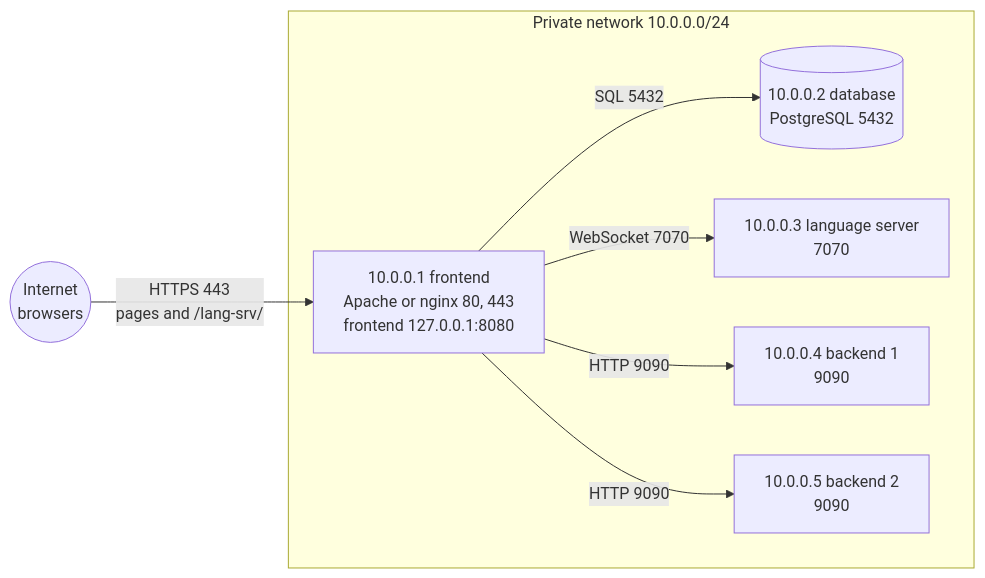
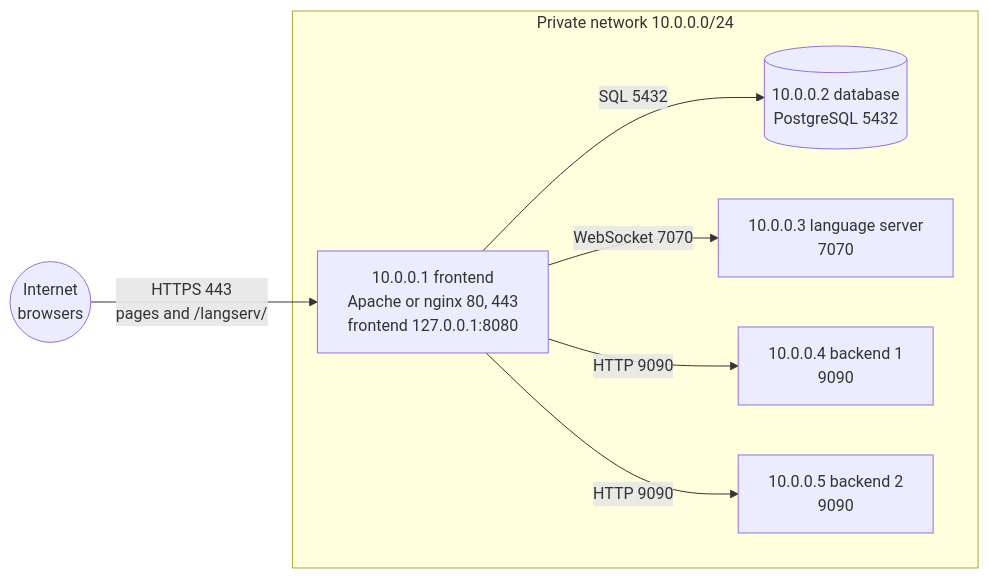
The diagram in docs/img/deployment.mmd (citic/vygoj), drawn with Mermaid before and after one commit. The commit also changed 13 other files, not shown here.

First line of the commit message:
Rename lang-srv to langserv for uniformity

```diff
--- a/docs/img/deployment.mmd
+++ b/docs/img/deployment.mmd
@@ -1,18 +1,18 @@
 %% Example installation in five computers of a private network. Only the frontend computer is
 %% reachable from the Internet; arrows show who opens each connection and its port
 flowchart LR
     internet(("Internet<br>browsers"))
 
     subgraph private["Private network 10.0.0.0/24"]
         frontend["10.0.0.1 frontend<br>Apache or nginx 80, 443<br>frontend 127.0.0.1:8080"]
         database[("10.0.0.2 database<br>PostgreSQL 5432")]
         langserv["10.0.0.3 language server<br>7070"]
         backend1["10.0.0.4 backend 1<br>9090"]
         backend2["10.0.0.5 backend 2<br>9090"]
     end
 
-    internet -- "HTTPS 443<br>pages and /lang-srv/" --> frontend
+    internet -- "HTTPS 443<br>pages and /langserv/" --> frontend
     frontend -- "SQL 5432" --> database
     frontend -- "WebSocket 7070" --> langserv
     frontend -- "HTTP 9090" --> backend1
     frontend -- "HTTP 9090" --> backend2
```
